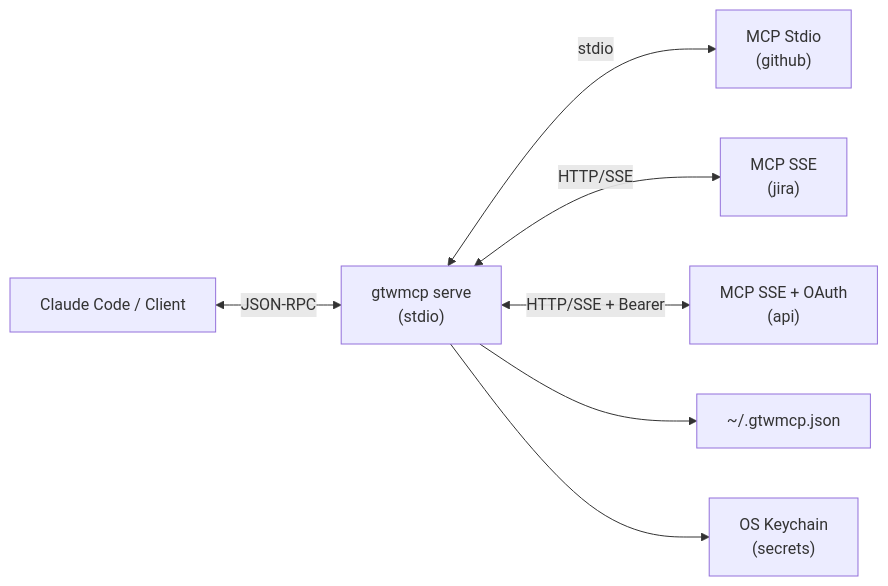
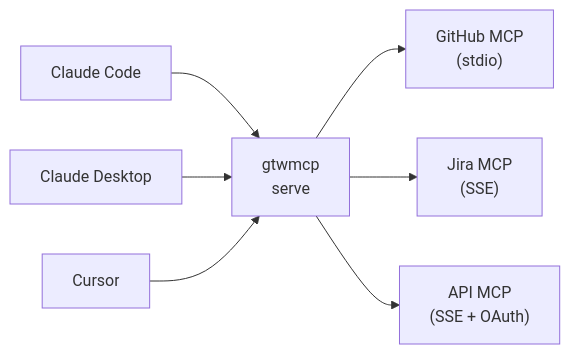
The first of 3 diagrams in README.md (pcandido/gtwmcp), drawn with Mermaid before and after one commit.

Commit message:
docs: simplify architecture diagram — clients only, no infra

````diff
--- a/README.md
+++ b/README.md
@@ -13,17 +13,17 @@
 ```mermaid
 flowchart LR
-    CC["Claude Code / Client"]
-    GW["gtwmcp serve<br/>(stdio)"]
-    S1["MCP Stdio<br/>(github)"]
-    S2["MCP SSE<br/>(jira)"]
-    S3["MCP SSE + OAuth<br/>(api)"]
-    KC["OS Keychain<br/>(secrets)"]
-    CFG["~/.gtwmcp.json"]
+    CC["Claude Code"]
+    CD["Claude Desktop"]
+    CS["Cursor"]
+    GW["gtwmcp<br/>serve"]
+    S1["GitHub MCP<br/>(stdio)"]
+    S2["Jira MCP<br/>(SSE)"]
+    S3["API MCP<br/>(SSE + OAuth)"]
 
-    CC <-->|"JSON-RPC"| GW
-    GW <-->|"stdio"| S1
-    GW <-->|"HTTP/SSE"| S2
-    GW <-->|"HTTP/SSE + Bearer"| S3
-    GW --> CFG
-    GW --> KC
+    CC --> GW
+    CD --> GW
+    CS --> GW
+    GW --> S1
+    GW --> S2
+    GW --> S3
 ```
````
